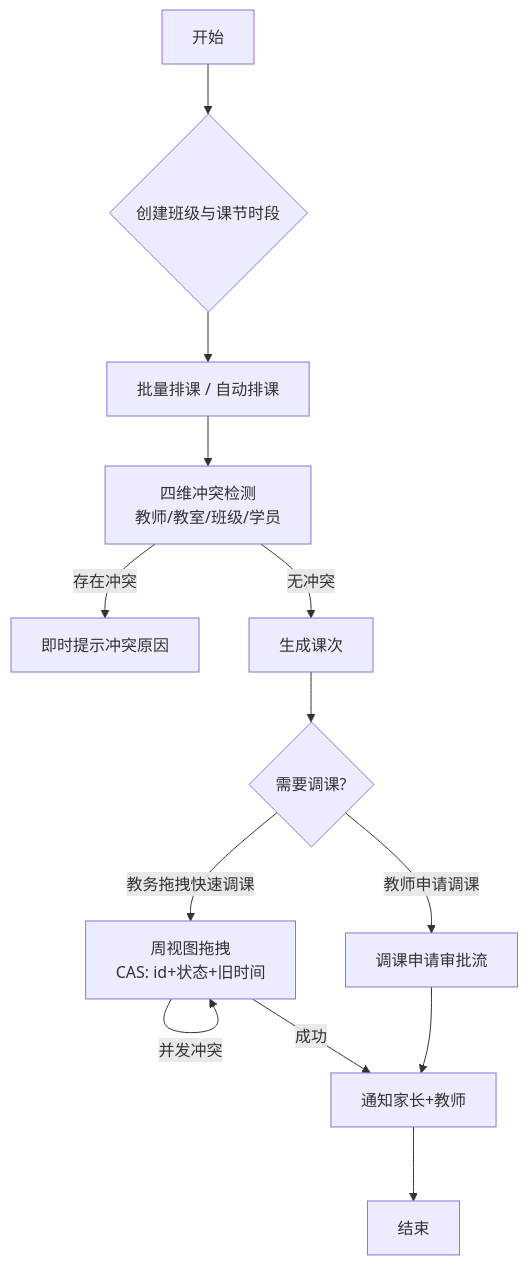
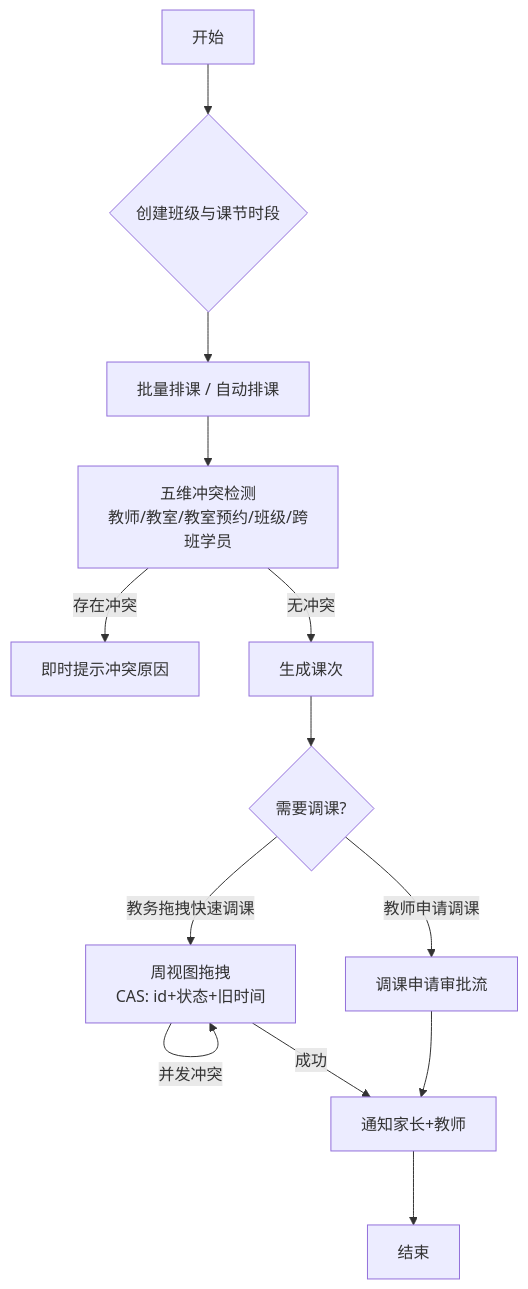
The fourth of 9 diagrams in docs/paper/02-第2章-系统设计.md (BYNekoNay/educational-administration), drawn with Mermaid before and after one commit. The commit also changed other lines of this file and 19 other files, not shown here.

First line of the commit message:
docs(paper): 课程设计报告 v1.3 同步 + 9 张配图重渲染

````diff
--- a/docs/paper/02-第2章-系统设计.md
+++ b/docs/paper/02-第2章-系统设计.md
@@ -116,15 +116,15 @@
 ```mermaid
 flowchart TB
     S[开始] --> C{创建班级与课节时段}
     C --> B[批量排课 / 自动排课]
-    B --> D[四维冲突检测<br/>教师/教室/班级/学员]
+    B --> D[五维冲突检测<br/>教师/教室/教室预约/班级/跨班学员]
     D -->|存在冲突| X[即时提示冲突原因]
     D -->|无冲突| E[生成课次]
     E --> R{需要调课?}
     R -->|教务拖拽快速调课| Q[周视图拖拽<br/>CAS: id+状态+旧时间]
     R -->|教师申请调课| T[调课申请审批流]
     Q -->|并发冲突| Q
     Q -->|成功| N[通知家长+教师]
     T --> N
     N --> O[结束]
 ```
````
